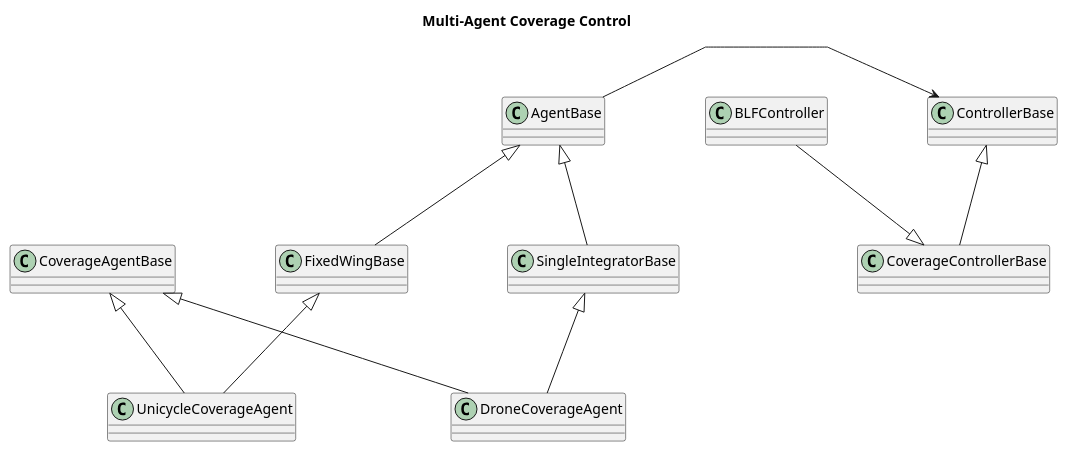
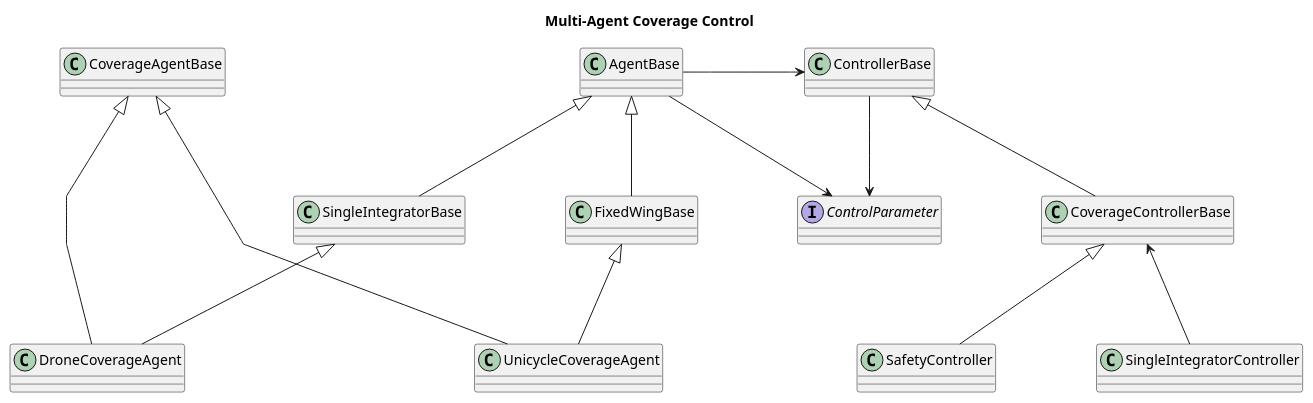
Before and after one commit to nk-le/Multi-Agent-Coverage-Control: the diagram in Design/SoftwareArchitecture.pu, drawn with PlantUML. The commit also changed 5 other files, not shown here.

```diff
--- a/Design/SoftwareArchitecture.pu
+++ b/Design/SoftwareArchitecture.pu
@@ -1,53 +1,60 @@
 @startuml
 ' Settings
 ' ============================
 
 ' use +,#,- instead of icons
 'skinparam classAttributeIconSize 0
 
 ' horizontal distance in px
 skinparam nodesep 100 
 
 ' vertical distance in px
 skinparam ranksep 100
 
 ' use only straight lines (ortho/polyline)
 skinparam linetype polyline
 
 ' title
 title Multi-Agent Coverage Control
 
 class AgentBase
 
 class CoverageAgentBase
 
 class ControllerBase
 
 class CoverageControllerBase
 
 class SingleIntegratorBase
 
 class FixedWingBase
 
 class UnicycleCoverageAgent
 class DroneCoverageAgent
 
-class BLFController
+'class BLFController
+' Interfaces
+Interface ControlParameter
 
 ' Relationship
 
 AgentBase <|-d- FixedWingBase
 AgentBase <|-d- SingleIntegratorBase
 
+ControllerBase --> ControlParameter
+AgentBase --> ControlParameter
+
 AgentBase -r-> ControllerBase
 CoverageControllerBase -u-|> ControllerBase
 
 UnicycleCoverageAgent -u-|> FixedWingBase
 UnicycleCoverageAgent -u-|> CoverageAgentBase
-CoverageAgentBase -[hidden]r-> FixedWingBase
+CoverageAgentBase -[hidden]r-> AgentBase
 
 DroneCoverageAgent -u-|> SingleIntegratorBase
 DroneCoverageAgent -u-|> CoverageAgentBase
 
-BLFController --|> CoverageControllerBase
+SafetyController -u-|> CoverageControllerBase
+SingleIntegratorController -u-> CoverageControllerBase
+
 @enduml
```
